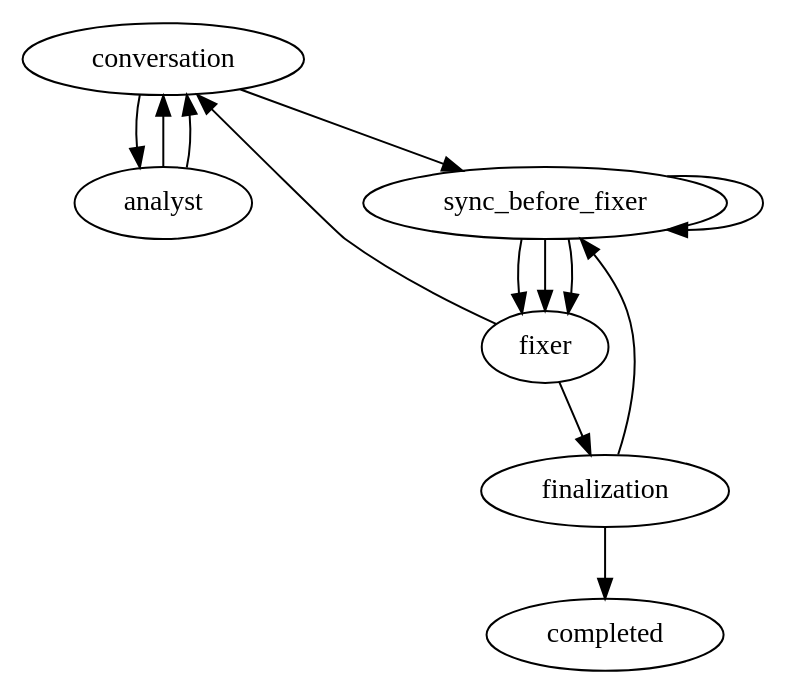
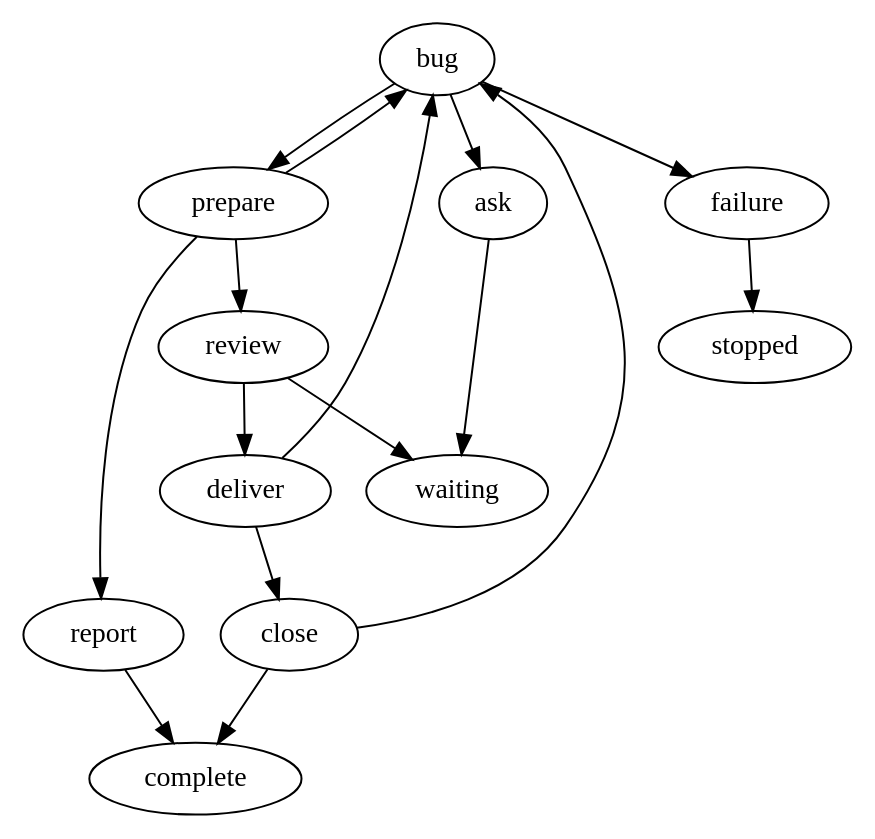
One commit to marioatcloudvane/litefactory changed the diagram in teams/nextjs-web/v1.0.0/bug/bug.dot. Above: the diagram before and after it, drawn with Graphviz. The commit also changed 246 other files, not shown here.

First line of the commit message:
Bug rework 3/4: Bug is Spike-shaped

```diff
--- a/teams/nextjs-web/v1.0.0/bug/bug.dot
+++ b/teams/nextjs-web/v1.0.0/bug/bug.dot
@@ -1,24 +1,51 @@
-// One conversation, a fixer, automatic factory delivery.
-// Questions and all stopping outcomes park at their origin. Owner guidance
-// resumes that origin once; only exact approval releases an unapproved repair.
+// Bug is one agent, shaped like Spike. It reproduces the reported bug with a
+// failing test, diagnoses it, and fixes it when the cause is shown and the fix
+// is small, showing the test red then green. When the fix would be a redesign,
+// the cause stays unclear or the report is not a bug, it asks the owner with
+// options and a recommendation. All of that lives in the role's Markdown.
+//
+// The agent's result names its own response (lf_response="result"): "ask" or
+// "done". A question is posted and the instance waits for the owner, whose
+// reply resumes this same agent with its saved result as context. A failed
+// attempt posts why and stops.
+//
+// A finished result goes to the factory-wide delivery activity (lf_deliver).
+// "prepare" (push) saves the task branch, synchronizes, pushes and finds or
+// opens the PR. A result without branch changes is "unchanged" and posts the
+// agent's report. A prepared candidate is "ready" and reaches "review", which
+// publishes the shipping review with the diff and the agent's red/green
+// evidence. Only an authenticated exact owner "ship" reply bound to that
+// displayed candidate releases "approved" to "deliver" (merge), then "close".
+// Other replies resume the agent. A changed source or base returns
+// "revalidate" to the agent for fresh checks and a new review.
 digraph bug {
- graph [team="nextjs-web",workflow="bug",profile_version="2",start="conversation"];
- conversation [lf_action="lf_loop",lf_contract="owner_conversation",lf_outcomes="analyse,approved,blocked",lf_park="owner",lf_stop="blocked,failed,invalid,exhausted"];
- analyst [lf_action="lf_agent",lf_agent_markdown="bug-analyst",lf_skills="bug-analysis-result,nextjs-web-stack",lf_model_tier="flagship",lf_access="read",lf_response="result",lf_outcomes="ask,done,blocked",lf_park="owner",lf_stop="blocked,failed,invalid,exhausted"];
- sync_before_fixer [lf_action="lf_sync_base",lf_outcomes="synced,current,conflict,retry,deferred",lf_park="owner",lf_stop="conflict,failed,invalid,exhausted"];
- fixer [lf_action="lf_agent",lf_agent_markdown="bug-fixer",lf_skills="bug-repair-result,nextjs-web-stack",lf_response="result",lf_outcomes="succeeded,reshape,blocked",lf_park="owner",lf_stop="blocked,failed,invalid,exhausted"];
- finalization [lf_action="lf_bug_finalize",lf_owner_continuation="required",lf_outcomes="completed,revalidate,stale,blocked",lf_park="owner",lf_stop="blocked,failed,invalid,exhausted,stale"];
- completed [lf_terminal="true"];
- conversation -> analyst [lf_on="analyse"];
- conversation -> sync_before_fixer [lf_on="approved"];
- analyst -> conversation [lf_on="ask"];
- analyst -> conversation [lf_on="done"];
- fixer -> conversation [lf_on="reshape"];
- fixer -> finalization [lf_on="succeeded"];
- finalization -> sync_before_fixer [lf_on="revalidate"];
- sync_before_fixer -> fixer [lf_on="synced"];
- sync_before_fixer -> fixer [lf_on="current"];
- sync_before_fixer -> fixer [lf_on="deferred"];
- sync_before_fixer -> sync_before_fixer [lf_on="retry"];
- finalization -> completed [lf_on="completed"];
+ graph [team="nextjs-web", mode="bug", profile_version="2", start="bug"];
+
+ bug      [lf_action="lf_agent", lf_agent_markdown="bug", lf_skills="bug-result,nextjs-web-stack", lf_access="write", lf_response="result", lf_outcomes="ask,done,failed"];
+ prepare  [lf_action="lf_deliver", lf_operation="push", lf_source="bug", lf_outcomes="ready,unchanged,revalidate,blocked", lf_park="owner", lf_stop="blocked,failed,invalid,exhausted"];
+ review   [lf_action="lf_ask", lf_kind="review", lf_source="bug", lf_approve_reply="ship", lf_outcomes="published,approved"];
+ deliver  [lf_action="lf_deliver", lf_operation="merge", lf_source="bug", lf_outcomes="merged,revalidate,blocked", lf_park="owner", lf_stop="blocked,failed,invalid,exhausted"];
+ close    [lf_action="lf_deliver", lf_operation="close", lf_source="bug", lf_outcomes="completed,revalidate,blocked", lf_park="owner", lf_stop="blocked,failed,invalid,exhausted"];
+ ask      [lf_action="lf_ask", lf_kind="question", lf_outcomes="published", lf_source="bug"];
+ report   [lf_action="lf_comment", lf_kind="final", lf_outcomes="published", lf_source="bug"];
+ failure  [lf_action="lf_comment", lf_kind="failure", lf_outcomes="published"];
+ waiting  [lf_terminal="true"];
+ complete [lf_terminal="true"];
+ stopped  [lf_terminal="true"];
+
+ bug     -> ask      [lf_on="ask"];
+ bug     -> prepare  [lf_on="done"];
+ bug     -> failure  [lf_on="failed"];
+ prepare -> review   [lf_on="ready"];
+ prepare -> report   [lf_on="unchanged"];
+ prepare -> bug      [lf_on="revalidate"];
+ review  -> waiting  [lf_on="published"];
+ review  -> deliver  [lf_on="approved"];
+ deliver -> close    [lf_on="merged"];
+ deliver -> bug      [lf_on="revalidate"];
+ close   -> complete [lf_on="completed"];
+ close   -> bug      [lf_on="revalidate"];
+ ask     -> waiting  [lf_on="published"];
+ report  -> complete [lf_on="published"];
+ failure -> stopped  [lf_on="published"];
 }
```
